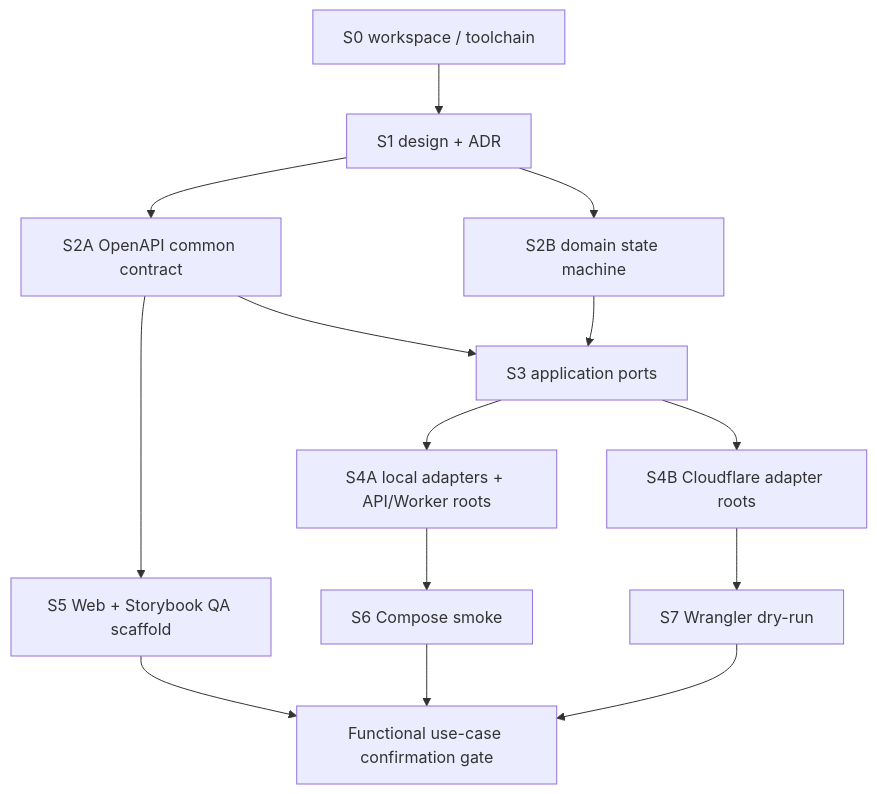
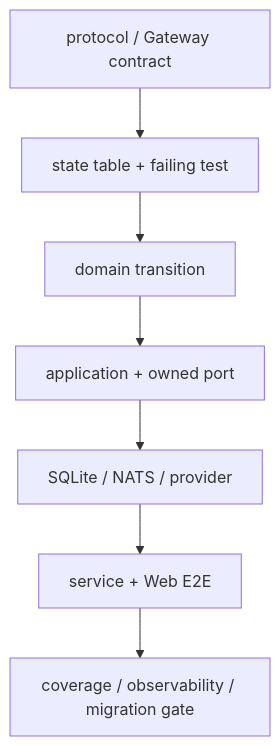
One commit to r4ai/news-podcast changed the fifth of 5 diagrams in docs/design.md. Above: the diagram before and after it, drawn with Mermaid. The commit also changed other lines of this file and 9 other files, not shown here.

Commit message:
docs(architecture): close functional DDD migration

````diff
--- a/docs/design.md
+++ b/docs/design.md
@@ -237,16 +231,9 @@
 ```mermaid
 flowchart TD
-  S0["S0 workspace / toolchain"] --> S1["S1 design + ADR"]
-  S1 --> S2A["S2A OpenAPI common contract"]
-  S1 --> S2B["S2B domain state machine"]
-  S2A --> S3["S3 application ports"]
-  S2B --> S3
-  S3 --> S4A["S4A local adapters + API/Worker roots"]
-  S3 --> S4B["S4B Cloudflare adapter roots"]
-  S2A --> S5["S5 Web + Storybook QA scaffold"]
-  S4A --> S6["S6 Compose smoke"]
-  S4B --> S7["S7 Wrangler dry-run"]
-  S5 --> Gate["Functional use-case confirmation gate"]
-  S6 --> Gate
-  S7 --> Gate
+  Contract["protocol / Gateway contract"] --> Red["state table + failing test"]
+  Red --> Domain["domain transition"]
+  Domain --> App["application + owned port"]
+  App --> Adapter["SQLite / NATS / provider"]
+  Adapter --> E2E["service + Web E2E"]
+  E2E --> Gate["coverage / observability / migration gate"]
 ```
````
